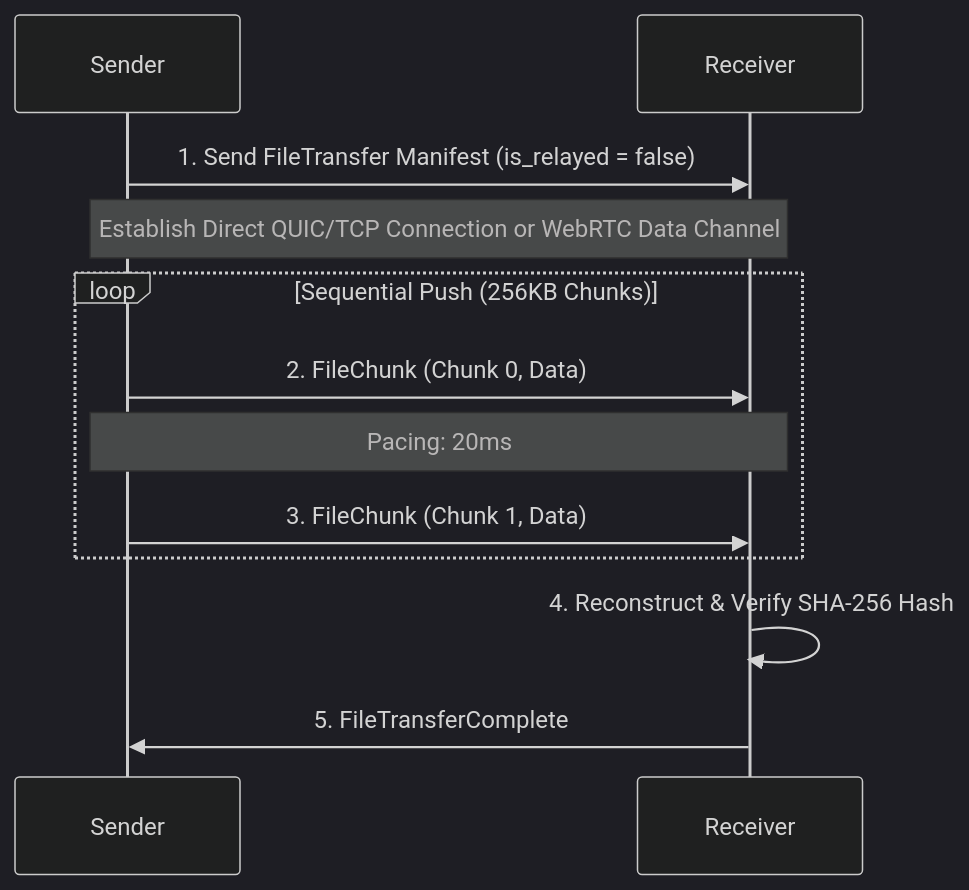
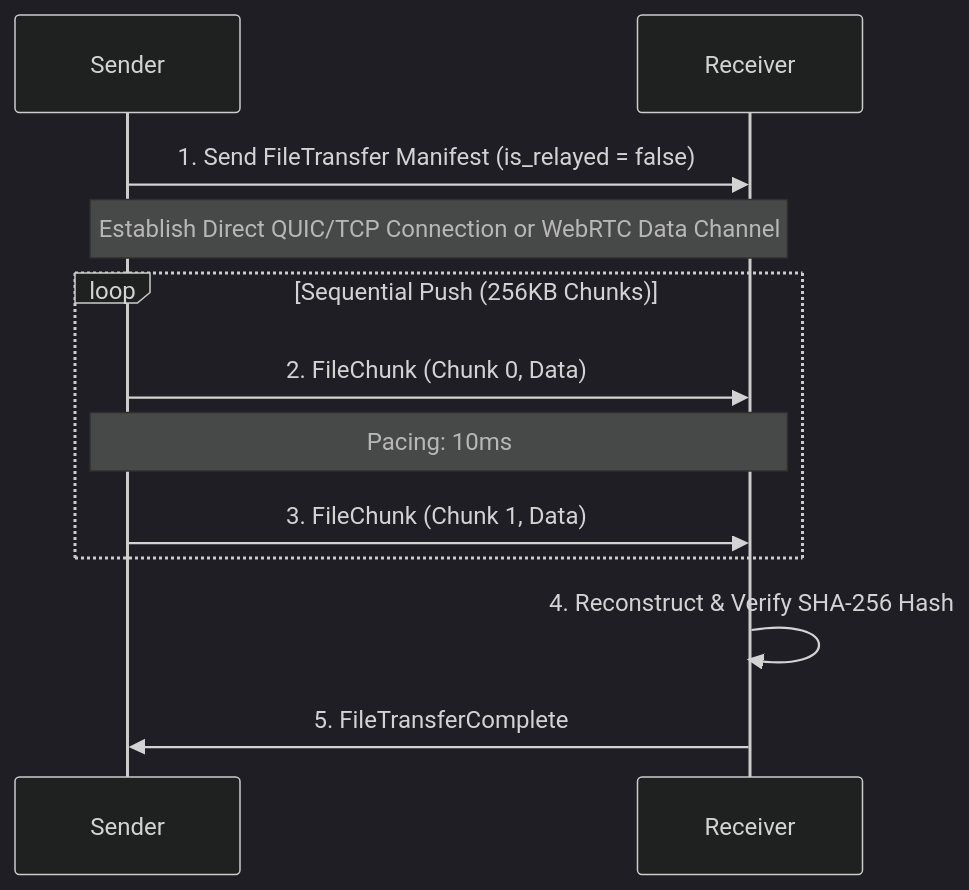
Before and after one commit to d3v6k/introvert: the first of 3 diagrams in Docs/FILE_TRANSFER_PROTOCOL.md, drawn with Mermaid (dark theme). The commit also changed other lines of this file and 7 other files, not shown here.

````diff
--- a/Docs/FILE_TRANSFER_PROTOCOL.md
+++ b/Docs/FILE_TRANSFER_PROTOCOL.md
@@ -58,17 +58,17 @@
 ```mermaid
 sequenceDiagram
     participant Sender
     participant Receiver
     
     Sender->>Receiver: 1. Send FileTransfer Manifest (is_relayed = false)
     Note over Sender, Receiver: Establish Direct QUIC/TCP Connection or WebRTC Data Channel
     
     loop Sequential Push (256KB Chunks)
         Sender->>Receiver: 2. FileChunk (Chunk 0, Data)
-        Note over Sender, Receiver: Pacing: 20ms
+        Note over Sender, Receiver: Pacing: 10ms
         Sender->>Receiver: 3. FileChunk (Chunk 1, Data)
     end
     
     Receiver->>Receiver: 4. Reconstruct & Verify SHA-256 Hash
     Receiver->>Sender: 5. FileTransferComplete
 ```
````
